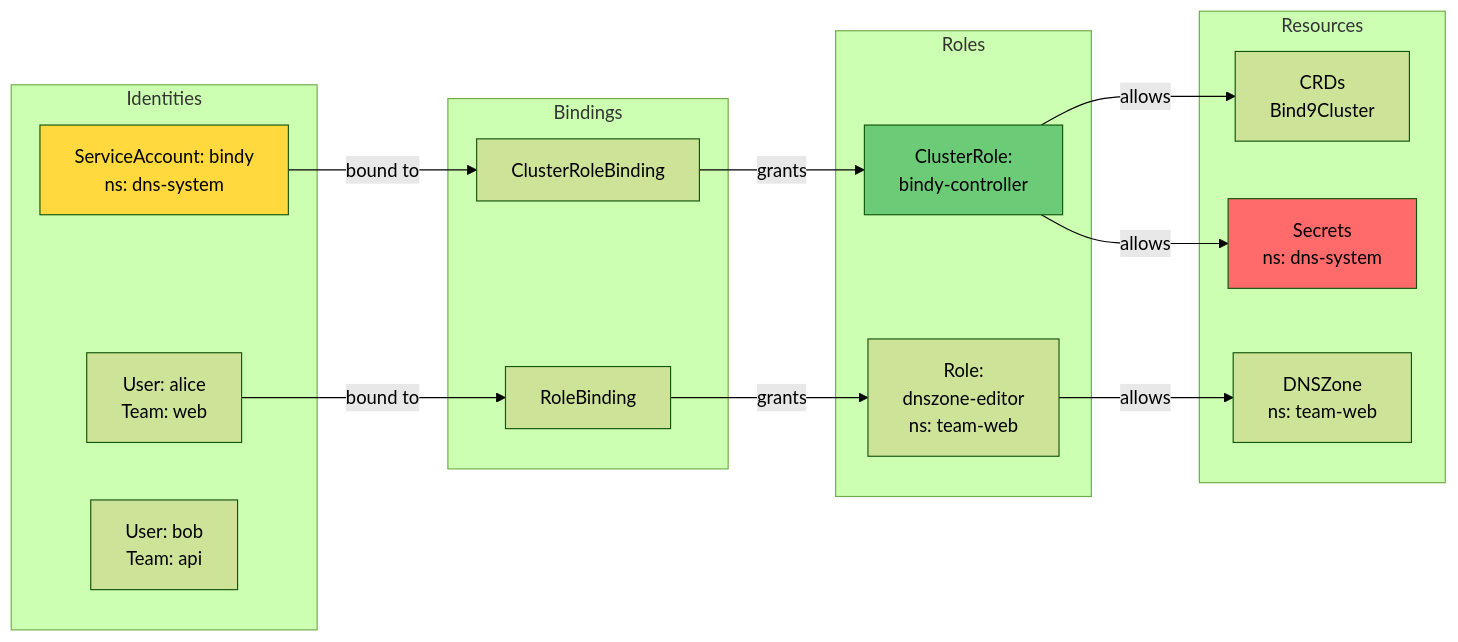
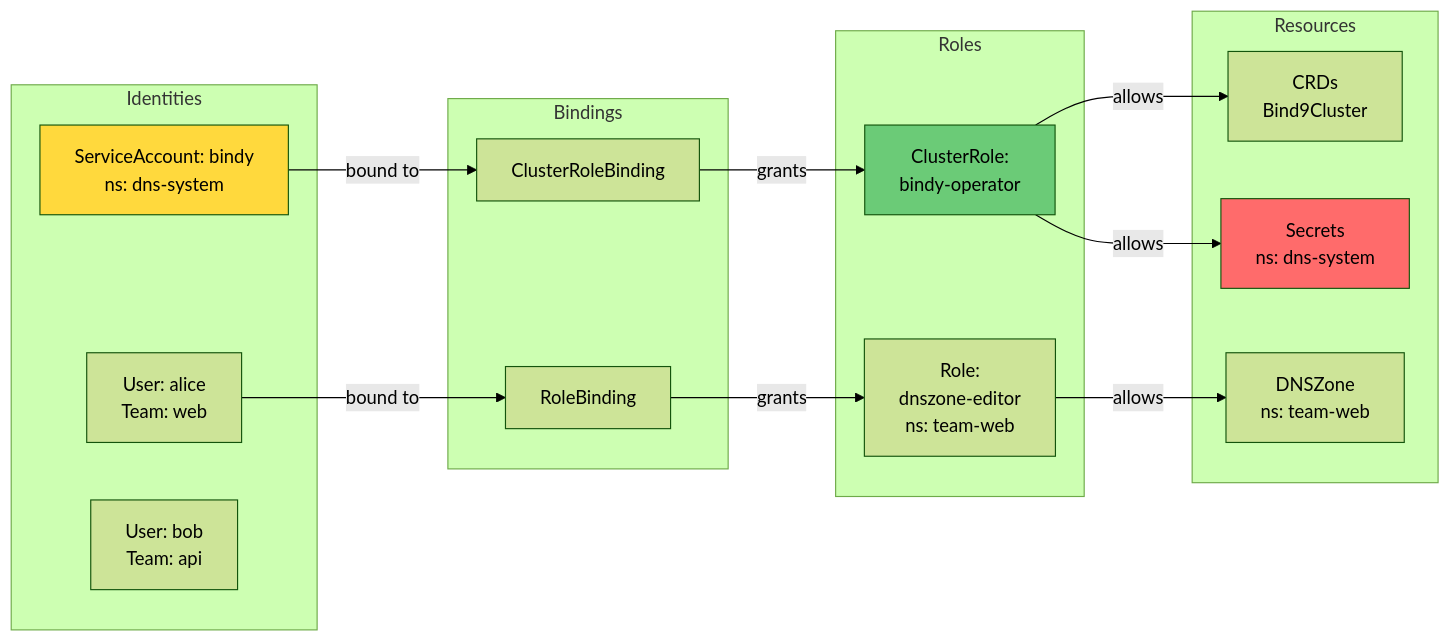
The sixth of 9 diagrams in docs/security/ARCHITECTURE.md (firestoned/bindy), drawn with Mermaid (forest theme) before and after one commit. The commit also changed other lines of this file and 150 other files, not shown here.

Commit message:
Change the occurences from controller to operator (#83)

````diff
--- a/docs/security/ARCHITECTURE.md
+++ b/docs/security/ARCHITECTURE.md
@@ -336,37 +336,37 @@
 ```mermaid
 graph LR
     subgraph Identities
         SA[ServiceAccount: bindy<br/>ns: dns-system]
         User1[User: alice<br/>Team: web]
         User2[User: bob<br/>Team: api]
     end
 
     subgraph Roles
-        CR[ClusterRole:<br/>bindy-controller]
+        CR[ClusterRole:<br/>bindy-operator]
         NSR[Role:<br/>dnszone-editor<br/>ns: team-web]
     end
 
     subgraph Bindings
         CRB[ClusterRoleBinding]
         RB[RoleBinding]
     end
 
     subgraph Resources
         CRD[CRDs<br/>Bind9Cluster]
         Zone[DNSZone<br/>ns: team-web]
         Sec[Secrets<br/>ns: dns-system]
     end
 
     SA -->|bound to| CRB
     CRB -->|grants| CR
     CR -->|allows| CRD
     CR -->|allows| Sec
 
     User1 -->|bound to| RB
     RB -->|grants| NSR
     NSR -->|allows| Zone
 
     style SA fill:#FFD93D
     style CR fill:#6BCB77
     style Sec fill:#FF6B6B
 ```
````
